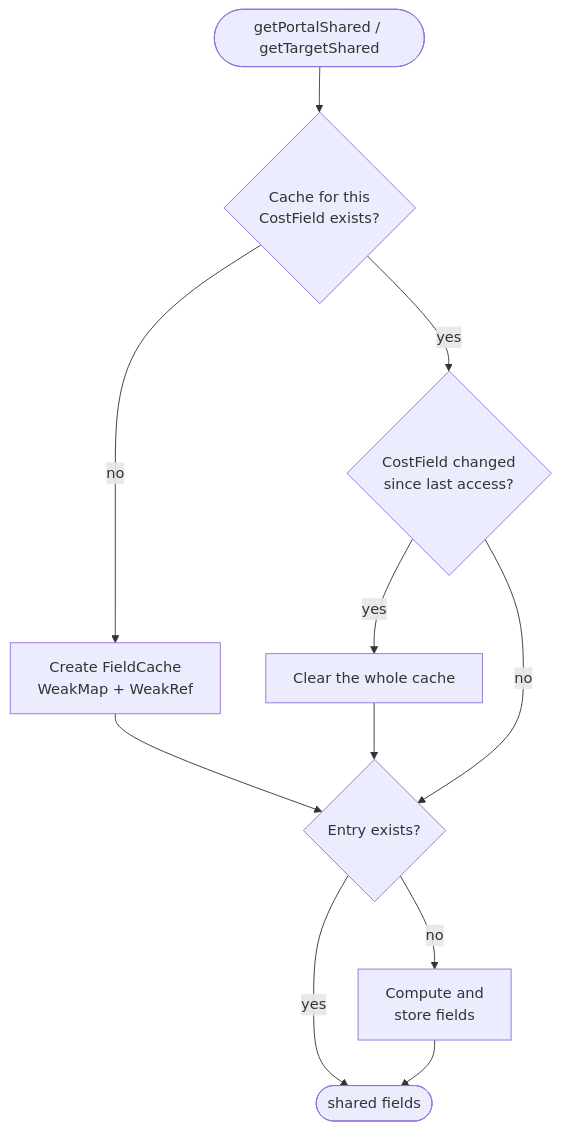
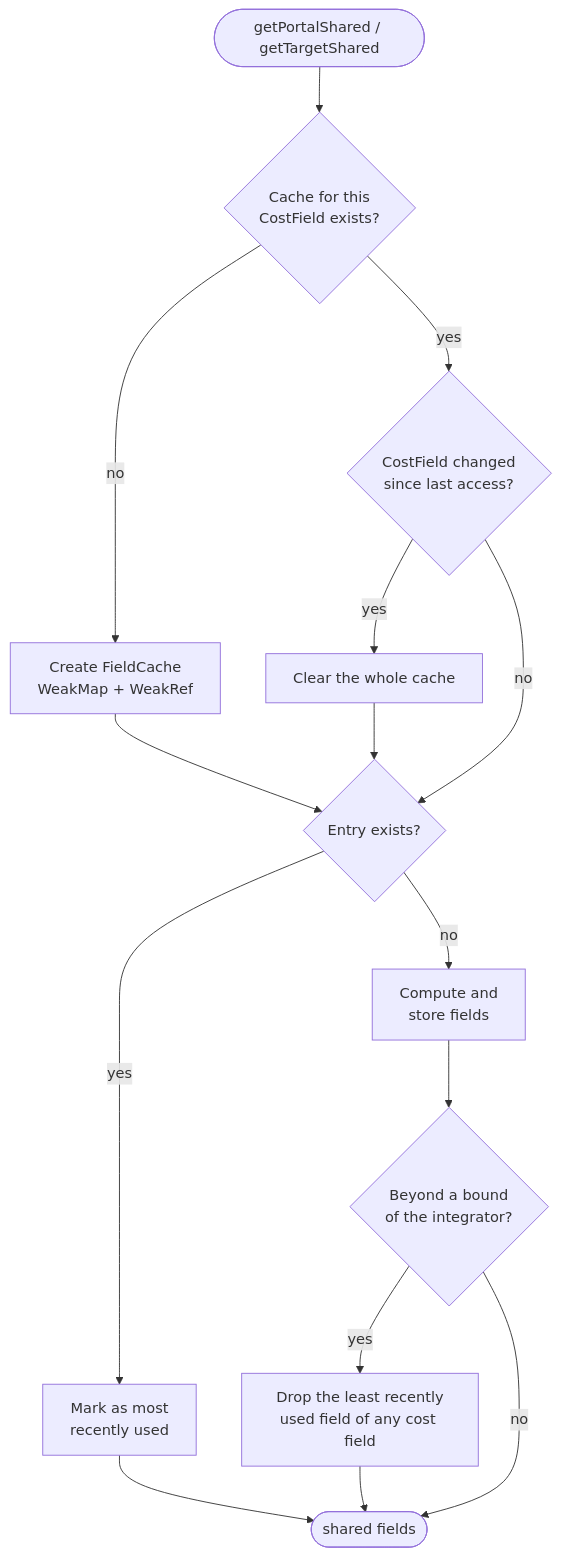
Before and after one commit to leptoquark1/openage-pfadfinder: diagram 15 of 18 in docs/ARCHITECTURE.md, drawn with Mermaid. The commit also changed other lines of this file and 8 other files, not shown here.

First line of the commit message:
perf(integrator): bound cached fields over all grids of a pathfinder

````diff
--- a/docs/ARCHITECTURE.md
+++ b/docs/ARCHITECTURE.md
@@ -703,13 +703,17 @@
 ```mermaid
 flowchart TD
     Call(["getPortalShared / getTargetShared"]) --> Has{"Cache for this<br/>CostField exists?"}
     Has -- no --> Create["Create FieldCache<br/>WeakMap + WeakRef"]
     Has -- yes --> Dirty{"CostField changed<br/>since last access?"}
     Dirty -- yes --> Clear["Clear the whole cache"]
     Dirty -- no --> Lookup
     Create --> Lookup{"Entry exists?"}
     Clear --> Lookup
-    Lookup -- yes --> Hit(["shared fields"])
+    Lookup -- yes --> Touch["Mark as most<br/>recently used"]
+    Touch --> Hit(["shared fields"])
     Lookup -- no --> Compute["Compute and<br/>store fields"]
-    Compute --> Hit
+    Compute --> Bound{"Beyond a bound<br/>of the integrator?"}
+    Bound -- yes --> Drop["Drop the least recently<br/>used field of any cost field"]
+    Bound -- no --> Hit
+    Drop --> Hit
 ```
````
